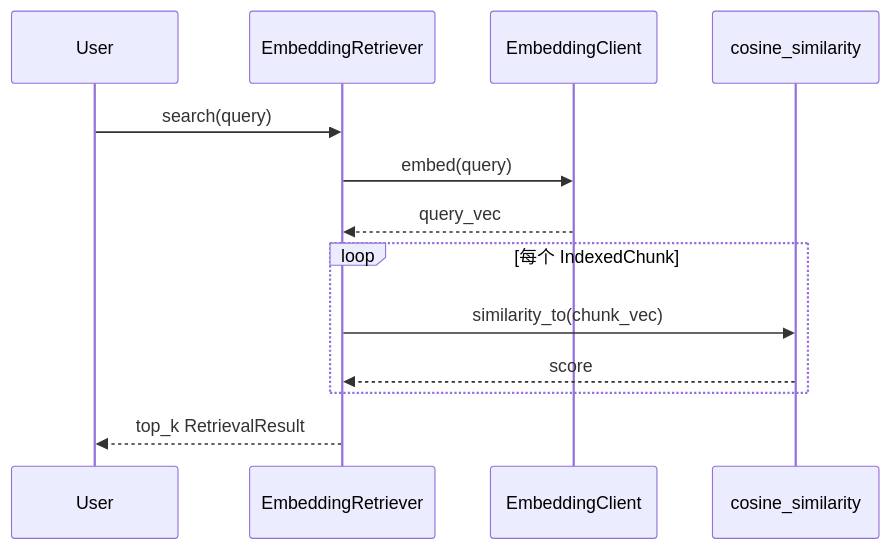
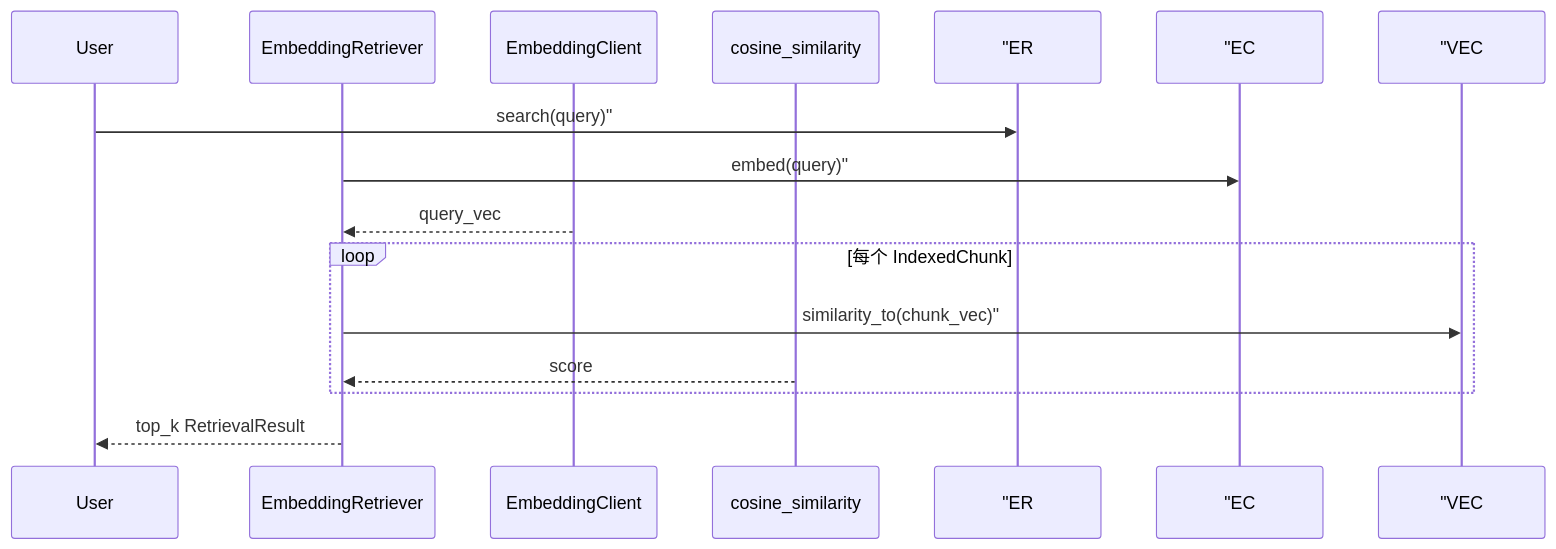
The third of 5 diagrams in course/day20/03_架构设计.md (ab6539763/70_days_course_plus), drawn with Mermaid before and after one commit. The commit also changed other lines of this file and 134 other files, not shown here.

````diff
--- a/course/day20/03_架构设计.md
+++ b/course/day20/03_架构设计.md
@@ -74,16 +74,16 @@
 ```mermaid
 sequenceDiagram
     participant User
     participant ER as EmbeddingRetriever
     participant EC as EmbeddingClient
     participant VEC as cosine_similarity
 
-    User->>ER: search(query)
-    ER->>EC: embed(query)
+    User->> "ER: search(query)"
+    ER->> "EC: embed(query)"
     EC-->>ER: query_vec
     loop 每个 IndexedChunk
-        ER->>VEC: similarity_to(chunk_vec)
+        ER->> "VEC: similarity_to(chunk_vec)"
         VEC-->>ER: score
     end
     ER-->>User: top_k RetrievalResult
 ```
````
